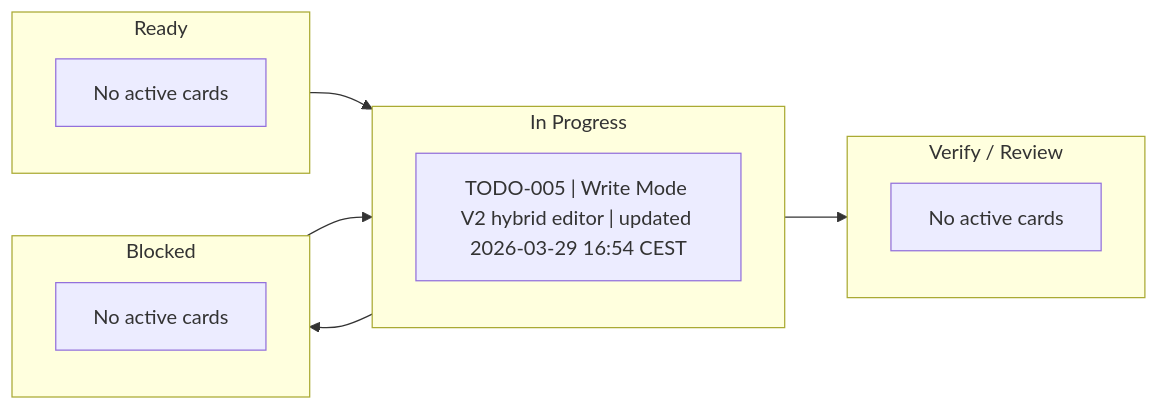
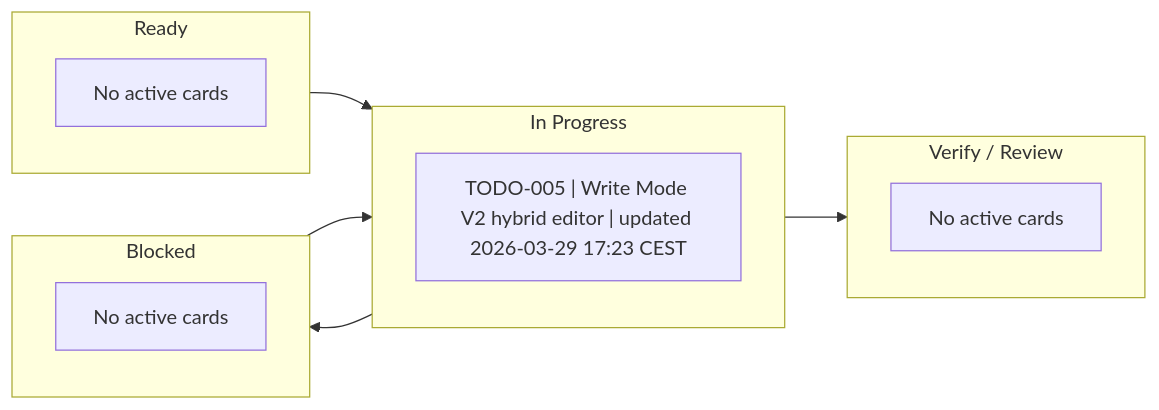
The diagram in .agents/management/ACTIVE.md (shomsy/step-by-step-animator), drawn with Mermaid before and after one commit. The commit also changed 3 other files, not shown here.

Commit message:
Refine Write Mode V2 management scope

````diff
--- a/.agents/management/ACTIVE.md
+++ b/.agents/management/ACTIVE.md
@@ -20,23 +20,23 @@
 ```mermaid
 flowchart LR
     subgraph Ready["Ready"]
         R0["No active cards"]
     end
 
     subgraph InProgress["In Progress"]
-        P1["TODO-005 | Write Mode V2 hybrid editor | updated 2026-03-29 16:54 CEST"]
+        P1["TODO-005 | Write Mode V2 hybrid editor | updated 2026-03-29 17:23 CEST"]
     end
 
     subgraph Blocked["Blocked"]
         B0["No active cards"]
     end
 
     subgraph Verify["Verify / Review"]
         V0["No active cards"]
     end
 
     Ready --> InProgress
     InProgress --> Verify
     InProgress --> Blocked
     Blocked --> InProgress
 ```
````
